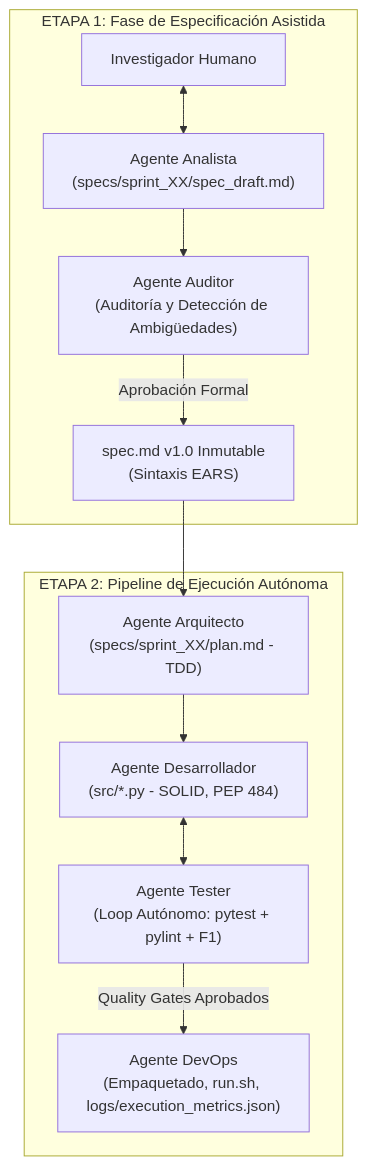
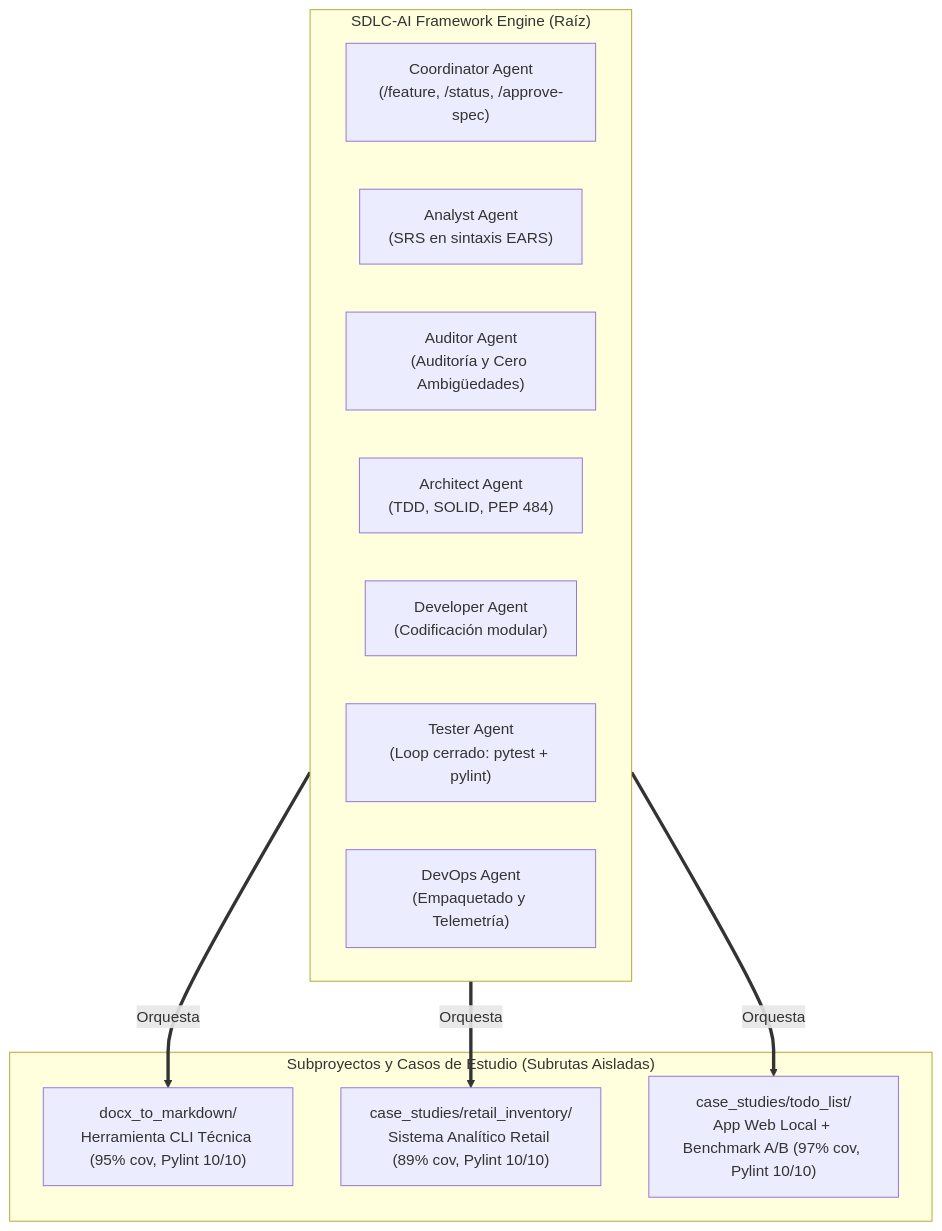
One commit to MiguelFajardoDev98/sdlc-ai changed the diagram in README.md. Above: the diagram before and after it, drawn with Mermaid. The commit also changed other lines of this file and 80 other files, not shown here.

Commit message:
feat(architecture): decouple multi-project workspace, add agile metrics and A/B todo_list benchmark

````diff
--- a/README.md
+++ b/README.md
@@ -36,15 +30,22 @@
 ```mermaid
 flowchart TD
-    subgraph ETAPA_1 ["ETAPA 1: Fase de Especificación Asistida"]
-        H["Investigador Humano"] <--> AA["Agente Analista\n(specs/sprint_XX/spec_draft.md)"]
-        AA --> AUD["Agente Auditor\n(Auditoría y Detección de Ambigüedades)"]
-        AUD -->|Aprobación Formal| SPEC["spec.md v1.0 Inmutable\n(Sintaxis EARS)"]
+    subgraph ENGINE ["SDLC-AI Framework Engine (Raíz)"]
+        Coord["Coordinator Agent\n(/feature, /status, /approve-spec)"]
+        Analyst["Analyst Agent\n(SRS en sintaxis EARS)"]
+        Auditor["Auditor Agent\n(Auditoría y Cero Ambigüedades)"]
+        Architect["Architect Agent\n(TDD, SOLID, PEP 484)"]
+        Developer["Developer Agent\n(Codificación modular)"]
+        Tester["Tester Agent\n(Loop cerrado: pytest + pylint)"]
+        DevOps["DevOps Agent\n(Empaquetado y Telemetría)"]
     end
 
-    subgraph ETAPA_2 ["ETAPA 2: Pipeline de Ejecución Autónoma"]
-        SPEC --> ARQ["Agente Arquitecto\n(specs/sprint_XX/plan.md - TDD)"]
-        ARQ --> DEV["Agente Desarrollador\n(src/*.py - SOLID, PEP 484)"]
-        DEV <--> TEST["Agente Tester\n(Loop Autónomo: pytest + pylint + F1)"]
-        TEST -->|Quality Gates Aprobados| OPS["Agente DevOps\n(Empaquetado, run.sh, logs/execution_metrics.json)"]
+    subgraph PROJECTS ["Subproyectos y Casos de Estudio (Subrutas Aisladas)"]
+        Sub1["docx_to_markdown/\nHerramienta CLI Técnica (95% cov, Pylint 10/10)"]
+        Sub2["case_studies/retail_inventory/\nSistema Analítico Retail (89% cov, Pylint 10/10)"]
+        Sub3["case_studies/todo_list/\nApp Web Local + Benchmark A/B (97% cov, Pylint 10/10)"]
     end
+
+    ENGINE ==>|Orquesta| Sub1
+    ENGINE ==>|Orquesta| Sub2
+    ENGINE ==>|Orquesta| Sub3
 ```
````
